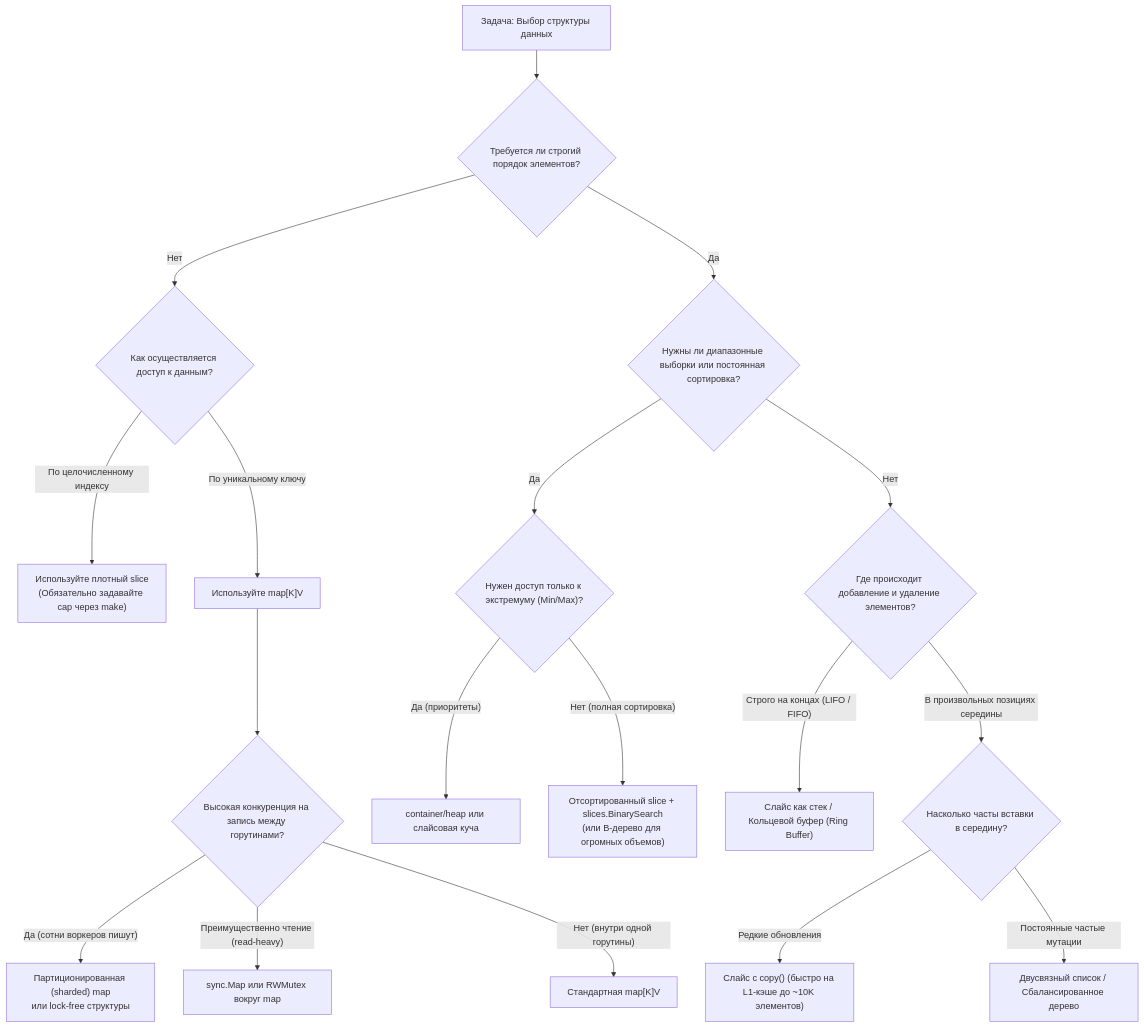
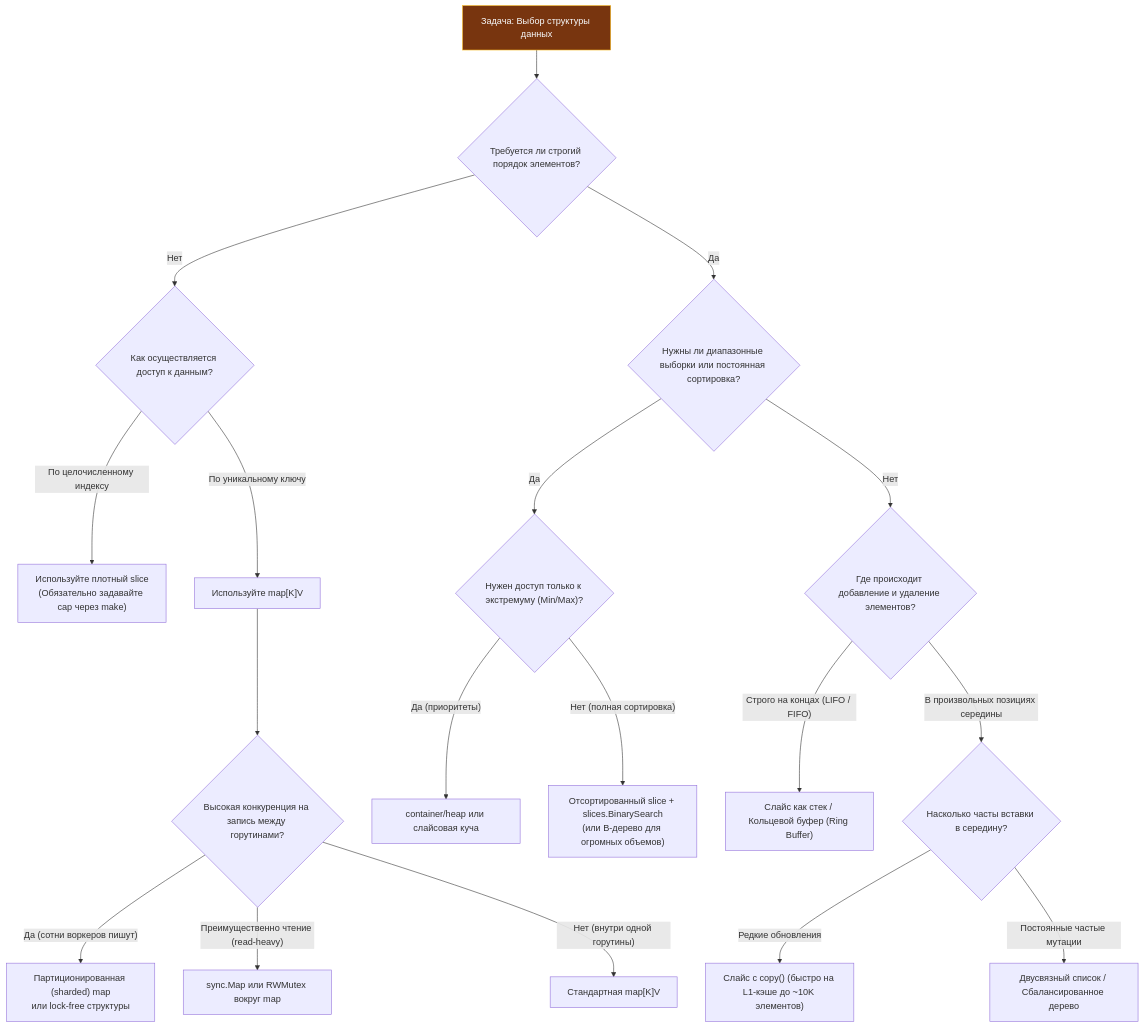
Before and after one commit to UnrealTemplier/go-textbook: the diagram in sources/20. Алгоритмы и структуры данных (DSA) на Go/01. Введение/5. Паттерны задач и выбор структуры данных.md, drawn with Mermaid. The commit also changed 1666 other files, not shown here.

First line of the commit message:
feat(mermaid): add semantic color classDef to 1369 colorless flowchart/graph diagrams

````diff
--- a/sources/20. Алгоритмы и структуры данных (DSA) на Go/01. Введение/5. Паттерны задач и выбор структуры данных.md
+++ b/sources/20. Алгоритмы и структуры данных (DSA) на Go/01. Введение/5. Паттерны задач и выбор структуры данных.md
@@ -38,28 +38,38 @@
 ```mermaid
 flowchart TD
-    Start["Задача: Выбор структуры данных"] --> QOrder{"Требуется ли строгий порядок элементов?"}
+    classDef process  fill:#1e293b,stroke:#38bdf8,stroke-width:1px,color:#f8fafc
+    classDef success  fill:#064e3b,stroke:#34d399,stroke-width:1px,color:#f8fafc
+    classDef error    fill:#7f1d1d,stroke:#f87171,stroke-width:1px,color:#f8fafc
+    classDef warning  fill:#78350f,stroke:#fbbf24,stroke-width:1px,color:#f8fafc
+    classDef entry    fill:#1e3a5f,stroke:#38bdf8,stroke-width:2px,color:#f8fafc
+    classDef aux      fill:#334155,stroke:#64748b,stroke-width:1px,color:#f8fafc
+    classDef system   fill:#312e81,stroke:#a78bfa,stroke-width:1px,color:#f8fafc
+    classDef data     fill:#132d29,stroke:#2dd4bf,stroke-width:1px,color:#f8fafc
+    classDef network  fill:#881337,stroke:#fb7185,stroke-width:1px,color:#f8fafc
+    classDef accent   fill:#1e1b4b,stroke:#818cf8,stroke-width:1px,color:#f8fafc
+    Start["Задача: Выбор структуры данных"]:::warning --> QOrder{"Требуется ли строгий порядок элементов?"}
 
     %% Ветка без порядка
     QOrder -->|"Нет"| QLookup{"Как осуществляется доступ к данным?"}
     QLookup -->|"По целочисленному индексу"| UseSlice["Используйте плотный slice<br/>(Обязательно задавайте cap через make)"]
     QLookup -->|"По уникальному ключу"| UseMap["Используйте map[K]V"]
 
     UseMap --> QMapConc{"Высокая конкуренция на запись между горутинами?"}
     QMapConc -->|"Да (сотни воркеров пишут)"| ShardedMap["Партиционированная (sharded) map<br/>или lock-free структуры"]
     QMapConc -->|"Преимущественно чтение (read-heavy)"| SyncMap["sync.Map или RWMutex вокруг map"]
     QMapConc -->|"Нет (внутри одной горутины)"| PlainMap["Стандартная map[K]V"]
 
     %% Ветка с порядком
     QOrder -->|"Да"| QRange{"Нужны ли диапазонные выборки или постоянная сортировка?"}
     
     QRange -->|"Да"| QPriority{"Нужен доступ только к экстремуму (Min/Max)?"}
     QPriority -->|"Да (приоритеты)"| UseHeap["container/heap или слайсовая куча"]
     QPriority -->|"Нет (полная сортировка)"| UseSortedSlice["Отсортированный slice + slices.BinarySearch<br/>(или B-дерево для огромных объемов)"]
 
     QRange -->|"Нет"| QMutEnd{"Где происходит добавление и удаление элементов?"}
     QMutEnd -->|"Строго на концах (LIFO / FIFO)"| UseBuffer["Слайс как стек / Кольцевой буфер (Ring Buffer)"]
     QMutEnd -->|"В произвольных позициях середины"| QMiddleFreq{"Насколько часты вставки в середину?"}
     
     QMiddleFreq -->|"Редкие обновления"| SliceMove["Слайс с copy() (быстро на L1-кэше до ~10K элементов)"]
     QMiddleFreq -->|"Постоянные частые мутации"| ListTree["Двусвязный список / Сбалансированное дерево"]
 ```
````
